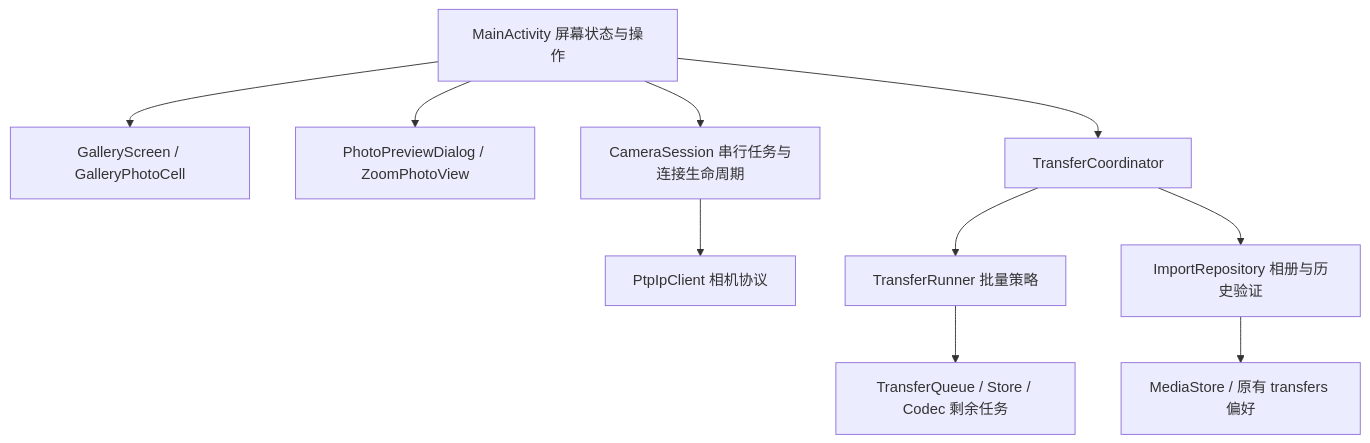
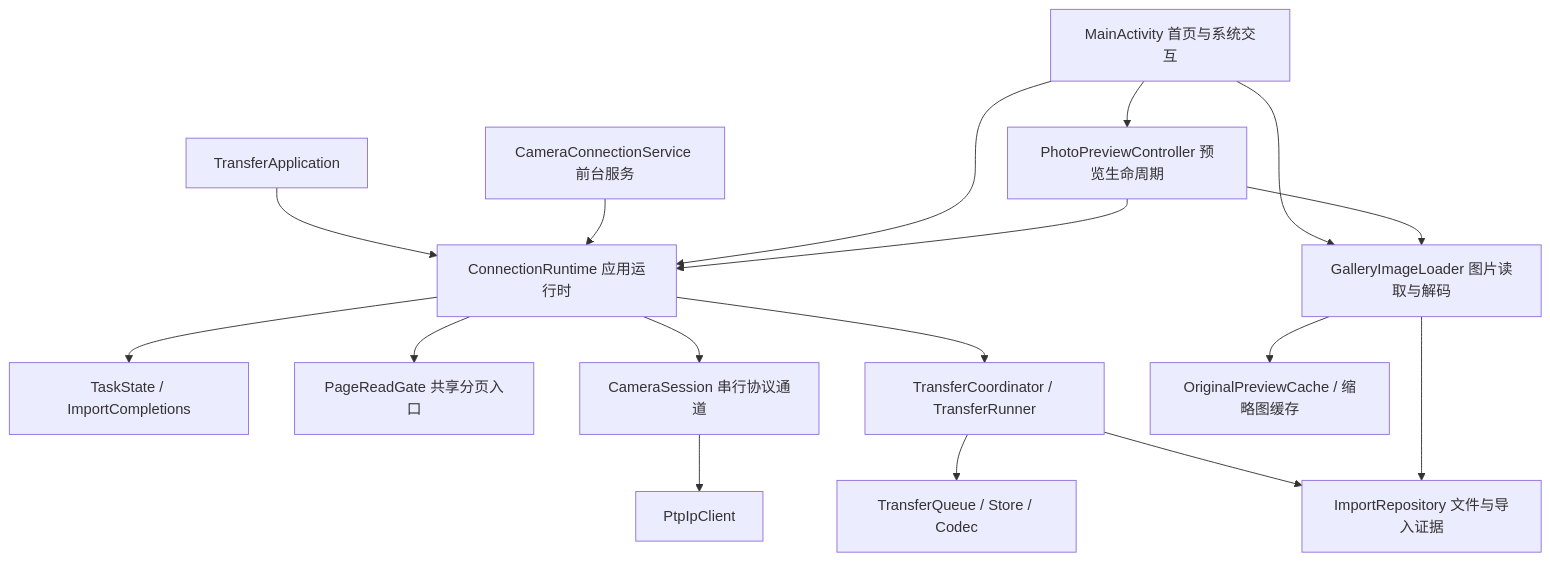
Before and after one commit to zhuuchaofan/ZfTransfer: the diagram in 架构说明.md, drawn with Mermaid. The commit also changed other lines of this file and 20 other files, not shown here.

````diff
--- a/架构说明.md
+++ b/架构说明.md
@@ -5,12 +5,19 @@
 ```mermaid
 flowchart TD
-    A[MainActivity 屏幕状态与操作] --> G[GalleryScreen / GalleryPhotoCell]
-    A --> P[PhotoPreviewDialog / ZoomPhotoView]
-    A --> S[CameraSession 串行任务与连接生命周期]
-    S --> C[PtpIpClient 相机协议]
-    A --> T[TransferCoordinator]
-    T --> R[TransferRunner 批量策略]
-    R --> Q[TransferQueue / Store / Codec 剩余任务]
-    T --> I[ImportRepository 相册与历史验证]
-    I --> M[MediaStore / 原有 transfers 偏好]
+    App[TransferApplication] --> Runtime[ConnectionRuntime 应用运行时]
+    Service[CameraConnectionService 前台服务] --> Runtime
+    Main[MainActivity 首页与系统交互] --> Runtime
+    Main --> Preview[PhotoPreviewController 预览生命周期]
+    Main --> Images[GalleryImageLoader 图片读取与解码]
+    Preview --> Images
+    Preview --> Runtime
+    Runtime --> State[TaskState / ImportCompletions]
+    Runtime --> Page[PageReadGate 共享分页入口]
+    Runtime --> Session[CameraSession 串行协议通道]
+    Session --> PTP[PtpIpClient]
+    Runtime --> Transfer[TransferCoordinator / TransferRunner]
+    Transfer --> Queue[TransferQueue / Store / Codec]
+    Transfer --> Imports[ImportRepository 文件与导入证据]
+    Images --> Imports
+    Images --> Cache[OriginalPreviewCache / 缩略图缓存]
 ```
````
